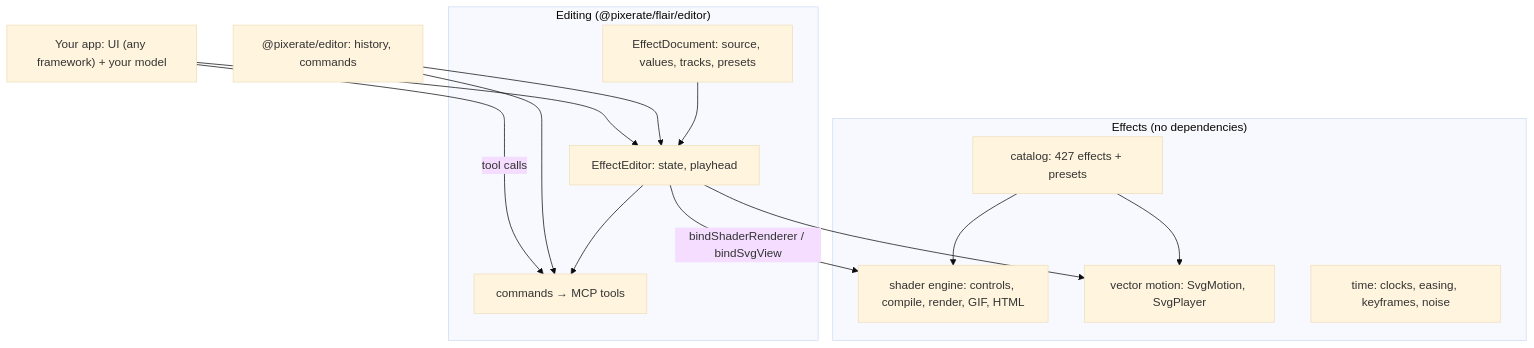
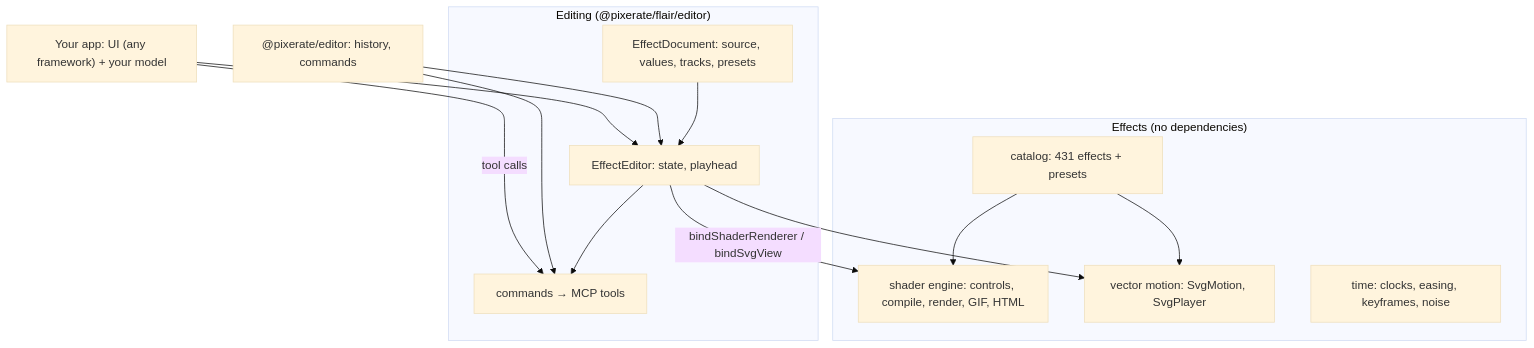
One commit to Pixerate/flair changed the diagram in README.md. Above: the diagram before and after it, drawn with Mermaid (base theme). The commit also changed other lines of this file and 5 other files, not shown here.

````diff
--- a/README.md
+++ b/README.md
@@ -67,27 +67,27 @@
 ```mermaid
 graph TD
   subgraph Effects["Effects (no dependencies)"]
-    Catalog["catalog: 427 effects + presets"]
+    Catalog["catalog: 431 effects + presets"]
     Shader["shader engine: controls, compile, render, GIF, HTML"]
     Vector["vector motion: SvgMotion, SvgPlayer"]
     Time["time: clocks, easing, keyframes, noise"]
   end
   subgraph Editing["Editing (@pixerate/flair/editor)"]
     Doc["EffectDocument: source, values, tracks, presets"]
     Editor["EffectEditor: state, playhead"]
     Cmds["commands → MCP tools"]
   end
   PE["@pixerate/editor: history, commands"]
   Host["Your app: UI (any framework) + your model"]
 
   Catalog --> Shader
   Catalog --> Vector
   Doc --> Editor
   Editor --> Cmds
   PE --> Editor
   PE --> Cmds
   Editor -- bindShaderRenderer / bindSvgView --> Shader
   Editor --> Vector
   Host --> Editor
   Host -- tool calls --> Cmds
 ```
````
